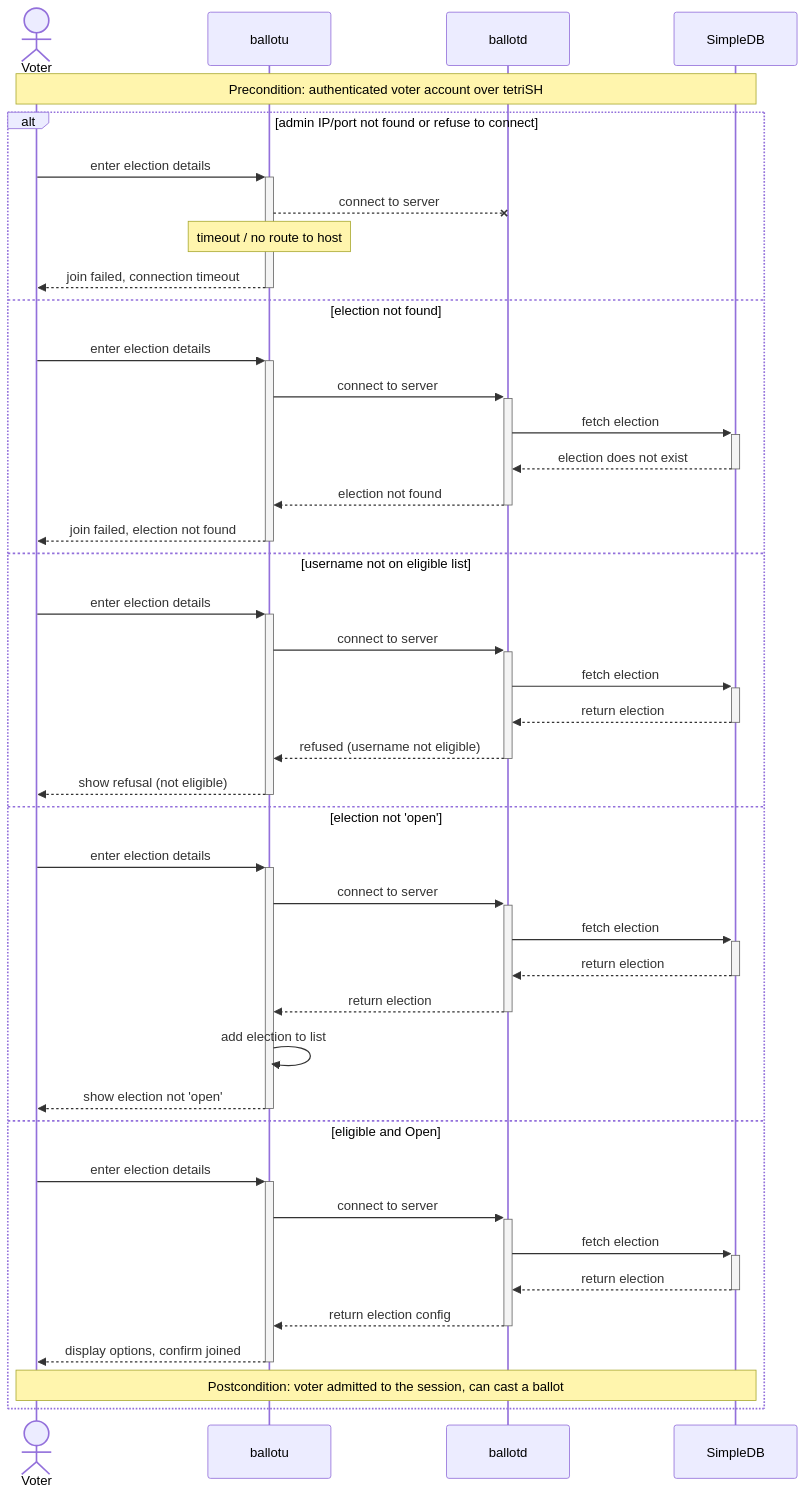
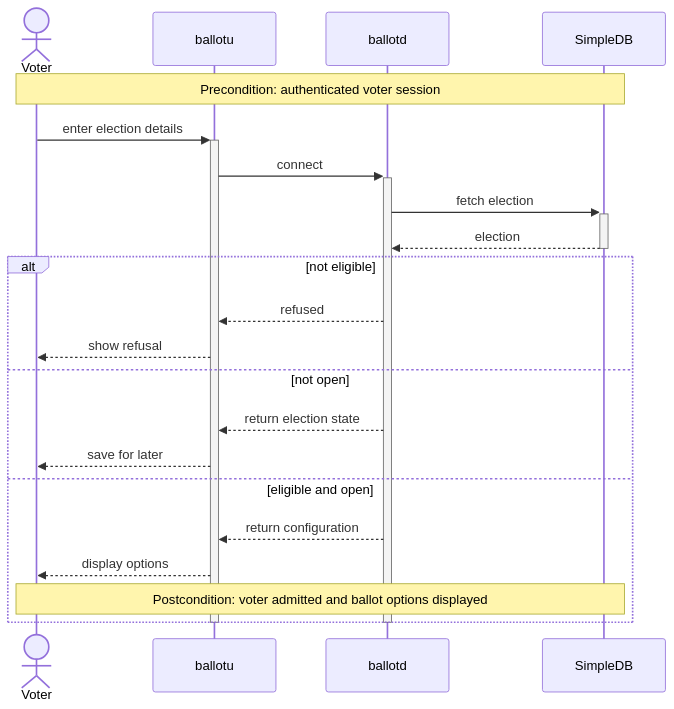
Before and after one commit to JediNakDev/ballotbox: the fourth of 8 diagrams in README.md, drawn with Mermaid. The commit also changed other lines of this file and 1 other file, not shown here.

````diff
--- a/README.md
+++ b/README.md
@@ -166,46 +213,25 @@
 ```mermaid
 sequenceDiagram
-    actor Voter
-    participant ballotu
-    participant ballotd
-    participant SimpleDB
-
-    note over Voter, SimpleDB: Precondition: authenticated voter account over tetriSH
-
-    alt admin IP/port not found or refuse to connect
-        Voter->>+ballotu: enter election details
-        ballotu--xballotd: connect to server
-        note over ballotu: timeout / no route to host
-        ballotu-->>-Voter: join failed, connection timeout
-    else election not found
-        Voter->>+ballotu: enter election details
-        ballotu->>+ballotd: connect to server
-        ballotd->>+SimpleDB: fetch election
-        SimpleDB-->>-ballotd: election does not exist
-        ballotd-->>-ballotu: election not found
-        ballotu-->>-Voter: join failed, election not found
-    else username not on eligible list
-        Voter->>+ballotu: enter election details
-        ballotu->>+ballotd: connect to server
-        ballotd->>+SimpleDB: fetch election
-        SimpleDB-->>-ballotd: return election
-        ballotd-->>-ballotu: refused (username not eligible)
-        ballotu-->>-Voter: show refusal (not eligible)
-    else election not 'open'
-        Voter->>+ballotu: enter election details
-        ballotu->>+ballotd: connect to server
-        ballotd->>+SimpleDB: fetch election
-        SimpleDB-->>-ballotd: return election
-        ballotd-->>-ballotu: return election
-        ballotu->>ballotu: add election to list
-        ballotu-->>-Voter: show election not 'open'
-    else eligible and Open
-        Voter->>+ballotu: enter election details
-        ballotu->>+ballotd: connect to server
-        ballotd->>+SimpleDB: fetch election
-        SimpleDB-->>-ballotd: return election
-        ballotd-->>-ballotu: return election config
-        ballotu-->>-Voter: display options, confirm joined
-        note over Voter,SimpleDB: Postcondition: voter admitted to the session, can cast a ballot
-    end
+actor Voter
+participant ballotu
+participant ballotd
+participant SimpleDB
+note over Voter,SimpleDB: Precondition: authenticated voter session
+Voter->>+ballotu: enter election details
+ballotu->>+ballotd: connect
+ballotd->>+SimpleDB: fetch election
+SimpleDB-->>-ballotd: election
+alt not eligible
+ballotd-->>ballotu: refused
+ballotu-->>Voter: show refusal
+else not open
+ballotd-->>ballotu: return election state
+ballotu-->>Voter: save for later
+else eligible and open
+ballotd-->>ballotu: return configuration
+ballotu-->>Voter: display options
+note over Voter,SimpleDB: Postcondition: voter admitted and ballot options displayed
+end
+deactivate ballotd
+deactivate ballotu
 ```
````
